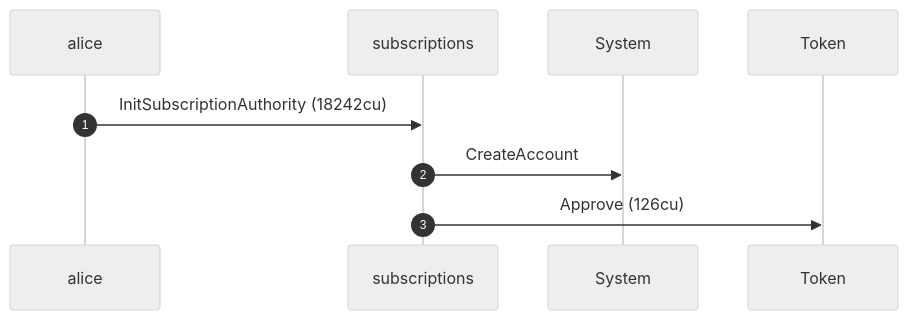
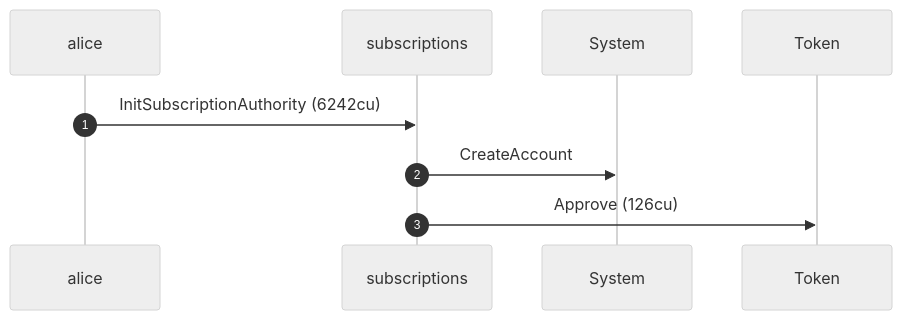
The first of 4 diagrams in dsl_tests/sentinel-start-requires-an-expiry.md (cds-rs/subscriptions), drawn with Mermaid (neutral theme) before and after one commit. The commit also changed other lines of this file and 224 other files, not shown here.

````diff
--- a/dsl_tests/sentinel-start-requires-an-expiry.md
+++ b/dsl_tests/sentinel-start-requires-an-expiry.md
@@ -24,11 +25,11 @@
 ```mermaid
 sequenceDiagram
     autonumber
     participant alice
     participant subscriptions
     participant System
     participant Token
-    alice ->> subscriptions: InitSubscriptionAuthority (18242cu)
+    alice ->> subscriptions: InitSubscriptionAuthority (6242cu)
     subscriptions ->> System: CreateAccount
     subscriptions ->> Token: Approve (126cu)
 ```
````
